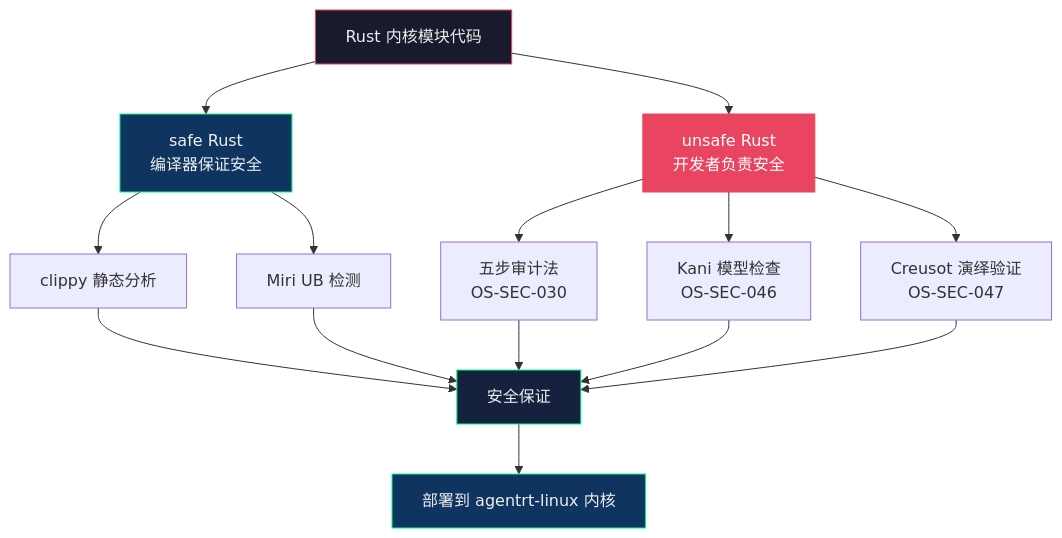
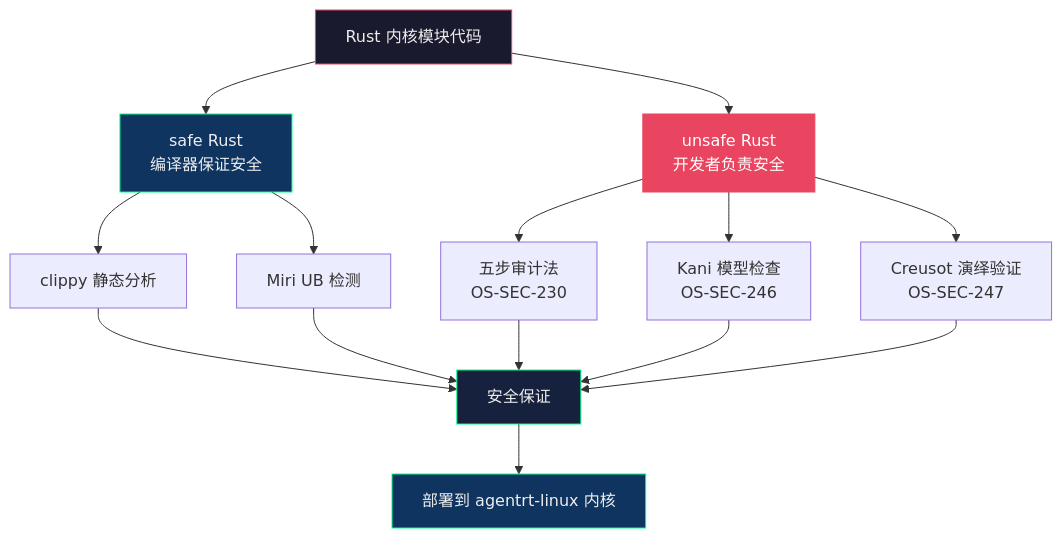
Before and after one commit to openairymax/docs-linux: the second of 2 diagrams in 50-engineering-standards/10-coding-style/Rust_coding_style.md, drawn with Mermaid. The commit also changed other lines of this file and 72 other files, not shown here.

````diff
--- a/50-engineering-standards/10-coding-style/Rust_coding_style.md
+++ b/50-engineering-standards/10-coding-style/Rust_coding_style.md
@@ -1026,26 +1026,26 @@
 ```mermaid
 graph TD
     RUST["Rust 内核模块代码"] --> SAFE["safe Rust<br/>编译器保证安全"]
     RUST --> UNSAFE["unsafe Rust<br/>开发者负责安全"]
 
     SAFE --> CLIPPY["clippy 静态分析"]
     SAFE --> MIRI["Miri UB 检测"]
 
-    UNSAFE --> AUDIT["五步审计法<br/>OS-SEC-030"]
-    UNSAFE --> KANI["Kani 模型检查<br/>OS-SEC-046"]
-    UNSAFE --> CREUSOT["Creusot 演绎验证<br/>OS-SEC-047"]
+    UNSAFE --> AUDIT["五步审计法<br/>OS-SEC-230"]
+    UNSAFE --> KANI["Kani 模型检查<br/>OS-SEC-246"]
+    UNSAFE --> CREUSOT["Creusot 演绎验证<br/>OS-SEC-247"]
 
     CLIPPY --> OK["安全保证"]
     MIRI --> OK
     AUDIT --> OK
     KANI --> OK
     CREUSOT --> OK
 
     OK --> DEPLOY["部署到 agentrt-linux 内核"]
 
     style RUST fill:#1a1a2e,stroke:#e94560,color:#eee
     style SAFE fill:#0f3460,stroke:#00ff88,color:#eee
     style UNSAFE fill:#e94560,stroke:#e94560,color:#fff
     style DEPLOY fill:#0f3460,stroke:#00ff88,color:#eee
     style OK fill:#16213e,stroke:#00ff88,color:#eee
 ```
````
